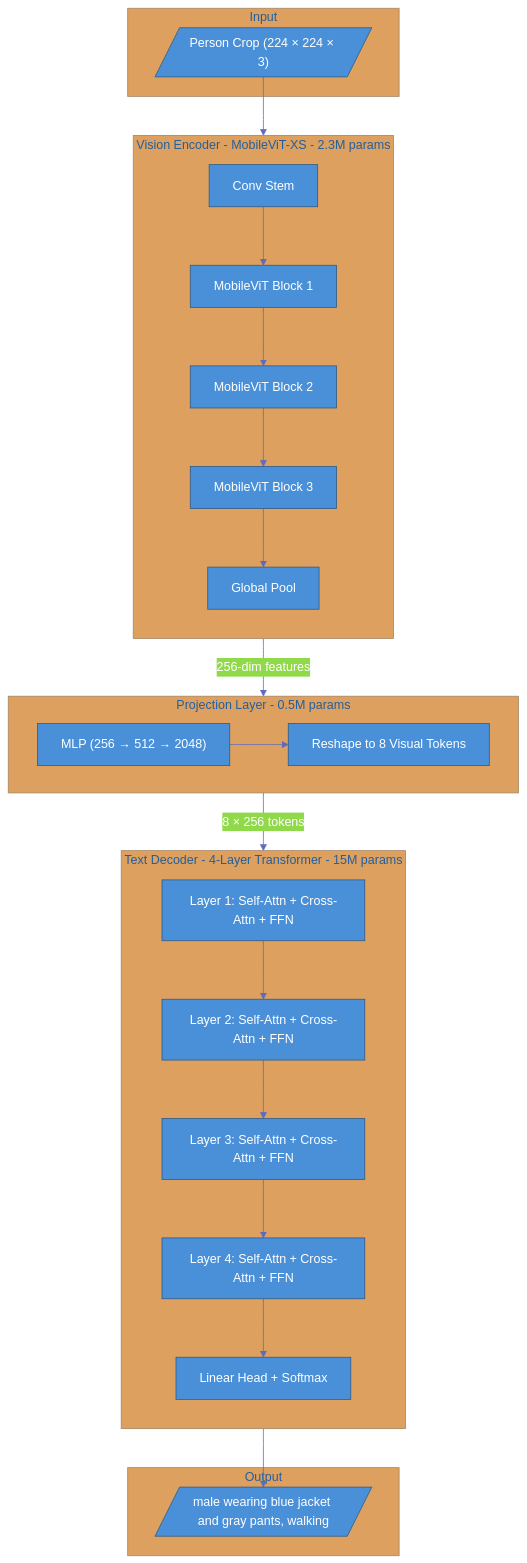
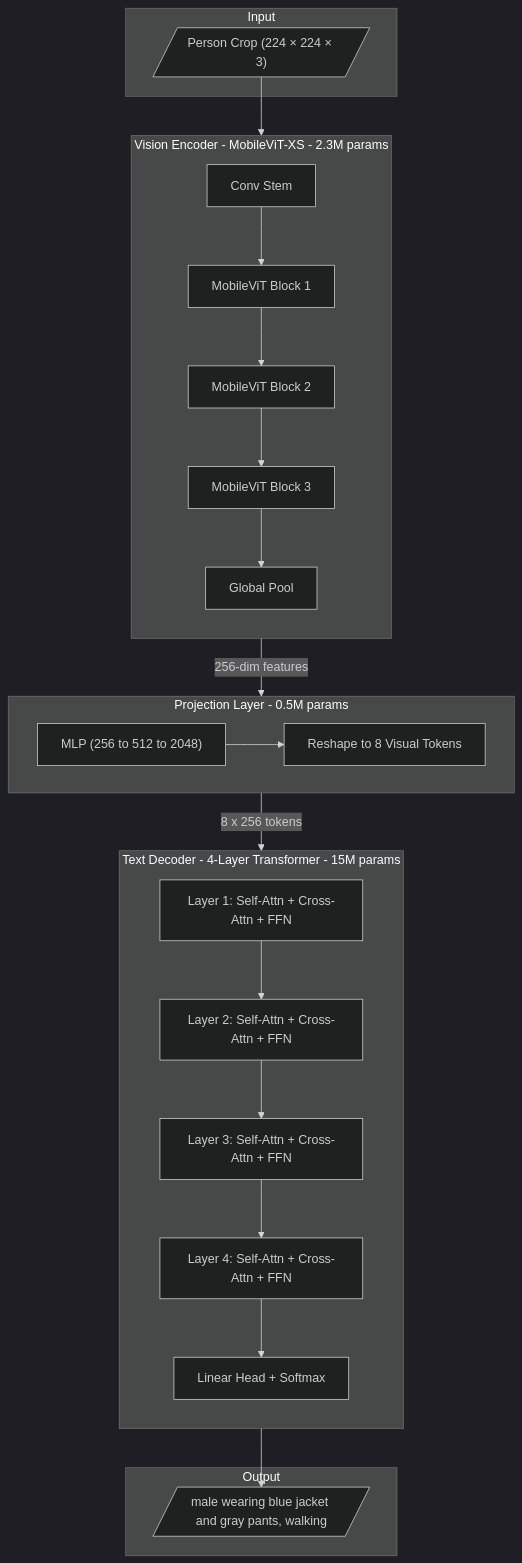
Before and after one commit to rishi02102017/Metafusion-Task: the second of 11 diagrams in README.md, drawn with Mermaid. The commit also changed other lines of this file, not shown here.

Commit message:
Fix diagrams - use dark theme instead of ugly yellow base theme

````diff
--- a/README.md
+++ b/README.md
@@ -142,45 +142,45 @@
 ```mermaid
-%%{init: {'theme': 'base', 'themeVariables': { 'primaryColor': '#4a90d9', 'primaryTextColor': '#fff', 'primaryBorderColor': '#2d5986', 'lineColor': '#5c6bc0'}}}%%
+%%{init: {'theme': 'dark'}}%%
 flowchart TB
     subgraph Input["Input"]
         IMG[/"Person Crop (224 × 224 × 3)"/]
     end
 
     subgraph Vision["Vision Encoder - MobileViT-XS - 2.3M params"]
         direction TB
         CONV[Conv Stem]
         MB1[MobileViT Block 1]
         MB2[MobileViT Block 2]
         MB3[MobileViT Block 3]
         POOL[Global Pool]
         
         CONV --> MB1 --> MB2 --> MB3 --> POOL
     end
 
     subgraph Projection["Projection Layer - 0.5M params"]
-        MLP["MLP (256 → 512 → 2048)"]
+        MLP["MLP (256 to 512 to 2048)"]
         RESHAPE["Reshape to 8 Visual Tokens"]
         
         MLP --> RESHAPE
     end
 
     subgraph Decoder["Text Decoder - 4-Layer Transformer - 15M params"]
         direction TB
         L1["Layer 1: Self-Attn + Cross-Attn + FFN"]
         L2["Layer 2: Self-Attn + Cross-Attn + FFN"]
         L3["Layer 3: Self-Attn + Cross-Attn + FFN"]
         L4["Layer 4: Self-Attn + Cross-Attn + FFN"]
         HEAD[Linear Head + Softmax]
         
         L1 --> L2 --> L3 --> L4 --> HEAD
     end
 
     subgraph Output["Output"]
         DESC[/"male wearing blue jacket and gray pants, walking"/]
     end
 
     IMG --> Vision
     Vision -->|"256-dim features"| Projection
-    Projection -->|"8 × 256 tokens"| Decoder
+    Projection -->|"8 x 256 tokens"| Decoder
     Decoder --> DESC
 ```
````
